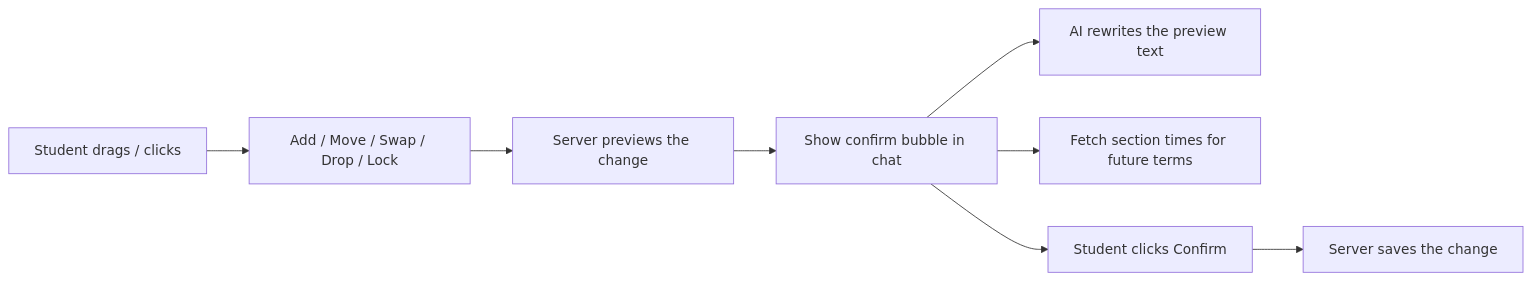
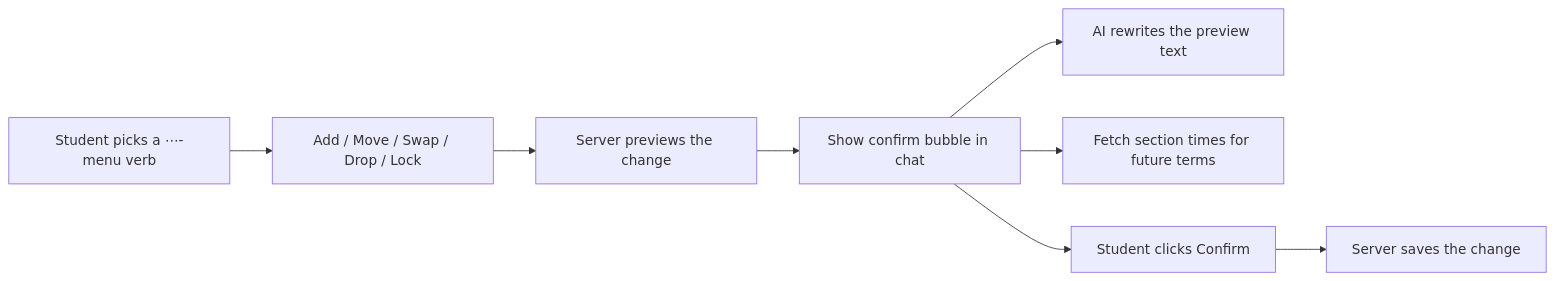
One commit to EdoardoMongardi/NYU_Path changed the first of 4 diagrams in Docs/current-system/web/plan-action-routes.md. Above: the diagram before and after it, drawn with Mermaid. The commit also changed other lines of this file and 3 other files, not shown here.

````diff
--- a/Docs/current-system/web/plan-action-routes.md
+++ b/Docs/current-system/web/plan-action-routes.md
@@ -9,10 +11,10 @@
 ```mermaid
 flowchart LR
-    Gesture[Student drags / clicks] --> Verb[Add / Move / Swap / Drop / Lock]
+    Gesture[Student picks a ⋯-menu verb] --> Verb[Add / Move / Swap / Drop / Lock]
     Verb --> Preview[Server previews the change]
     Preview --> Bubble[Show confirm bubble in chat]
     Bubble --> Polish[AI rewrites the preview text]
     Bubble --> Sections[Fetch section times for future terms]
     Bubble --> Confirm[Student clicks Confirm]
     Confirm --> Save[Server saves the change]
 ```
````
